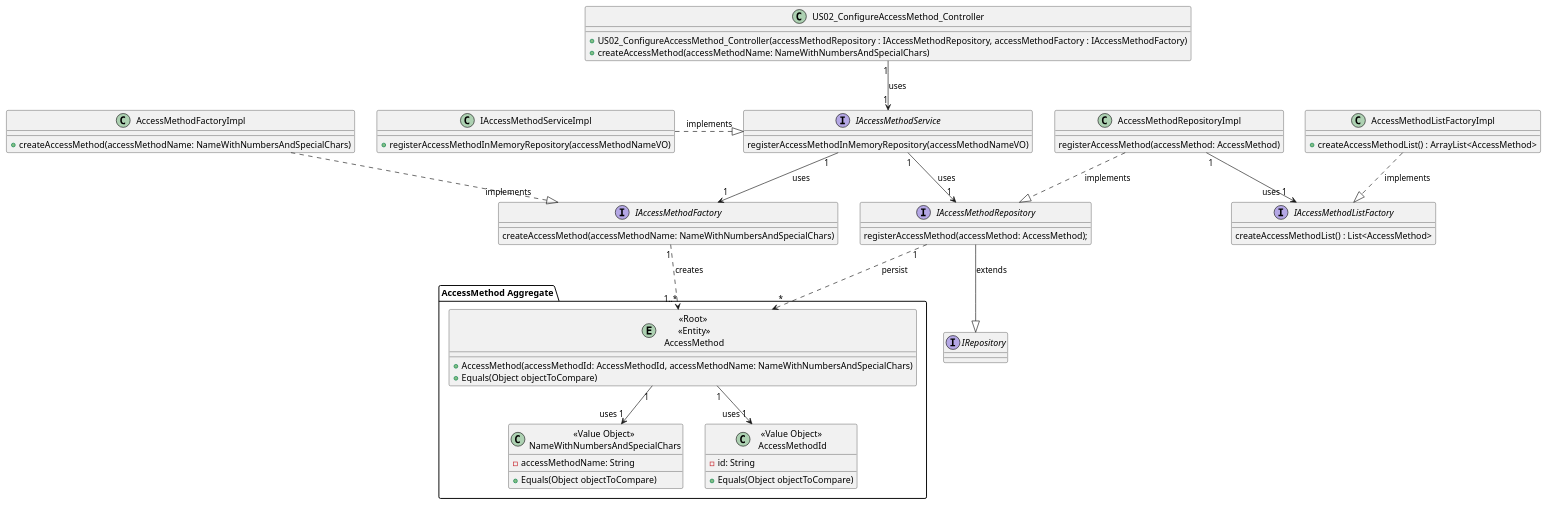
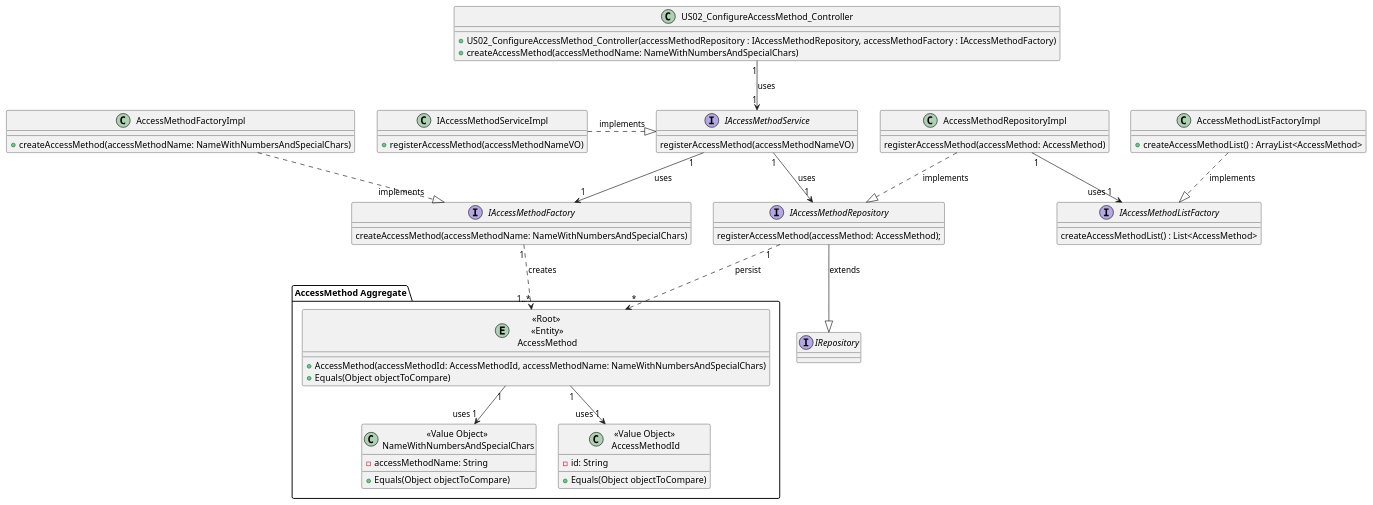
The diagram in docs/US02/US02_ConfigureAccessMethod_ClassDiagram.puml (GasparISEP/DevOps-PAI), drawn with PlantUML before and after one commit. The commit also changed 1 other file, not shown here.

Commit message:
Refactor IAccessMethod methods. refs #299

```diff
--- a/docs/US02/US02_ConfigureAccessMethod_ClassDiagram.puml
+++ b/docs/US02/US02_ConfigureAccessMethod_ClassDiagram.puml
@@ -1,84 +1,84 @@
 @startuml
 
 package "AccessMethod Aggregate" {
     entity "<<Root>>\n <<Entity>>\n AccessMethod" as AME{
     + AccessMethod(accessMethodId: AccessMethodId, accessMethodName: NameWithNumbersAndSpecialChars)
     + Equals(Object objectToCompare)
     }
     class "<<Value Object>>\n NameWithNumbersAndSpecialChars" as VOName{
         - accessMethodName: String
         + Equals(Object objectToCompare)
     }
 
     class "<<Value Object>>\n AccessMethodId" as VOId{
         - id: String
         + Equals(Object objectToCompare)
     }
 }
 
 'uses
 AME "1" --> "uses 1" VOName
 AME "1" --> "uses 1" VOId
 
 
 interface IAccessMethodService{
-    registerAccessMethodInMemoryRepository(accessMethodNameVO)
+    registerAccessMethod(accessMethodNameVO)
 }
 
 class IAccessMethodServiceImpl{
-    + registerAccessMethodInMemoryRepository(accessMethodNameVO)
+    + registerAccessMethod(accessMethodNameVO)
 }
 
 interface IAccessMethodFactory {
     createAccessMethod(accessMethodName: NameWithNumbersAndSpecialChars)
 }
 
 class AccessMethodFactoryImpl {
      +createAccessMethod(accessMethodName: NameWithNumbersAndSpecialChars)
 }
 'implements
 AccessMethodFactoryImpl ..|> "implements"  IAccessMethodFactory
 
 
 Interface IAccessMethodListFactory {
  createAccessMethodList() : List<AccessMethod>
 }
 
 class AccessMethodListFactoryImpl {
     +createAccessMethodList() : ArrayList<AccessMethod>
 }
 'implements
 AccessMethodListFactoryImpl ..|> IAccessMethodListFactory : implements
 
 
 Interface IRepository{
 }
 Interface IAccessMethodRepository{
     registerAccessMethod(accessMethod: AccessMethod);
 }
 
 'extends
 IAccessMethodRepository --|> IRepository : extends
 
 class AccessMethodRepositoryImpl {
     registerAccessMethod(accessMethod: AccessMethod)
 }
 
 'implements
 AccessMethodRepositoryImpl ..|>  IAccessMethodRepository : implements
 
 'uses
 AccessMethodRepositoryImpl "1" --> "uses 1" IAccessMethodListFactory
 
 class US02_ConfigureAccessMethod_Controller {
     +US02_ConfigureAccessMethod_Controller(accessMethodRepository : IAccessMethodRepository, accessMethodFactory : IAccessMethodFactory)
     +createAccessMethod(accessMethodName: NameWithNumbersAndSpecialChars)
 }
 
 IAccessMethodFactory "1" ..> "1..*" AME : creates
 IAccessMethodRepository "1"..> "*" AME: persist
 US02_ConfigureAccessMethod_Controller "1"-down->"1" IAccessMethodService: uses
 IAccessMethodService "1"--> "1" IAccessMethodRepository : uses
 IAccessMethodService "1"--> "1" IAccessMethodFactory : uses
 IAccessMethodServiceImpl -right..|> IAccessMethodService: implements
 @enduml
```
